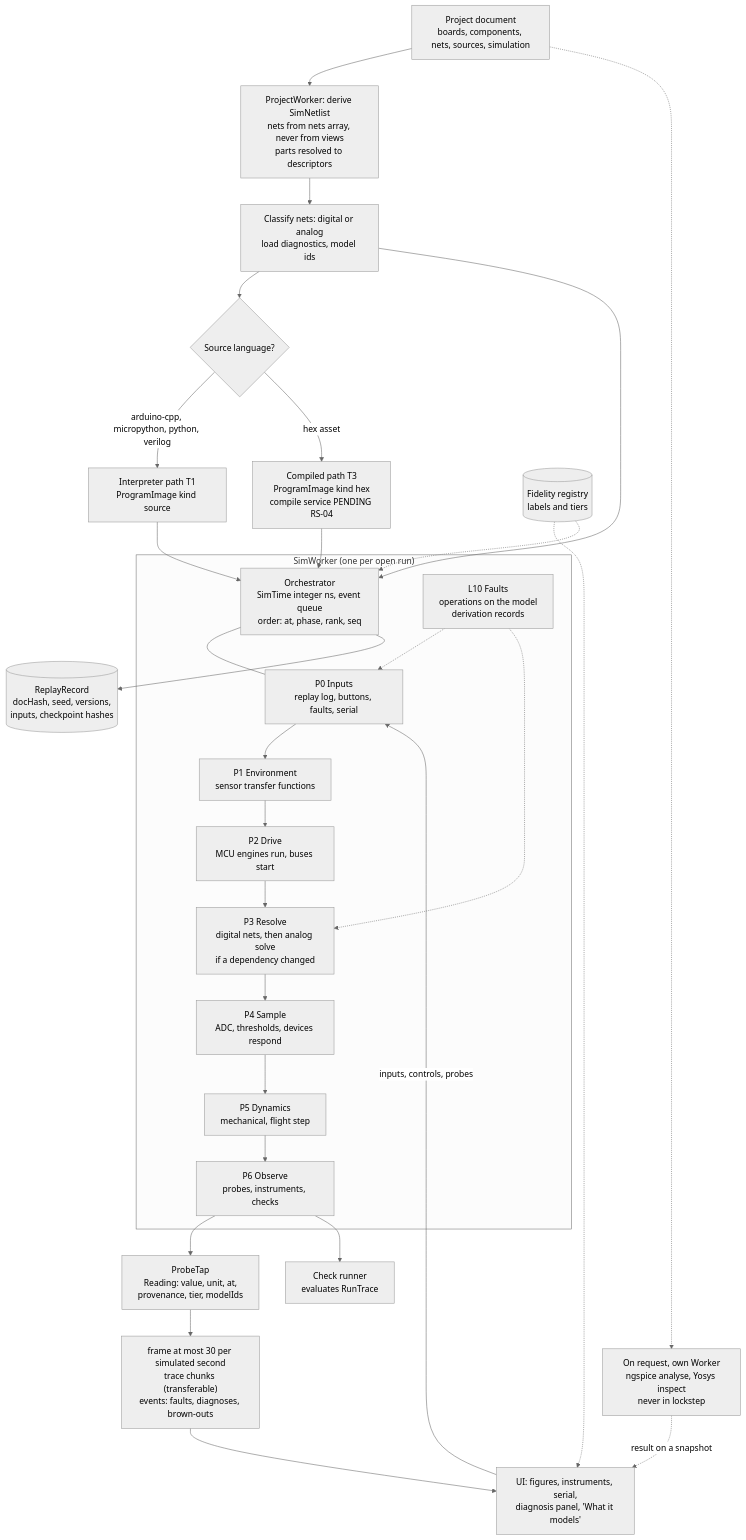
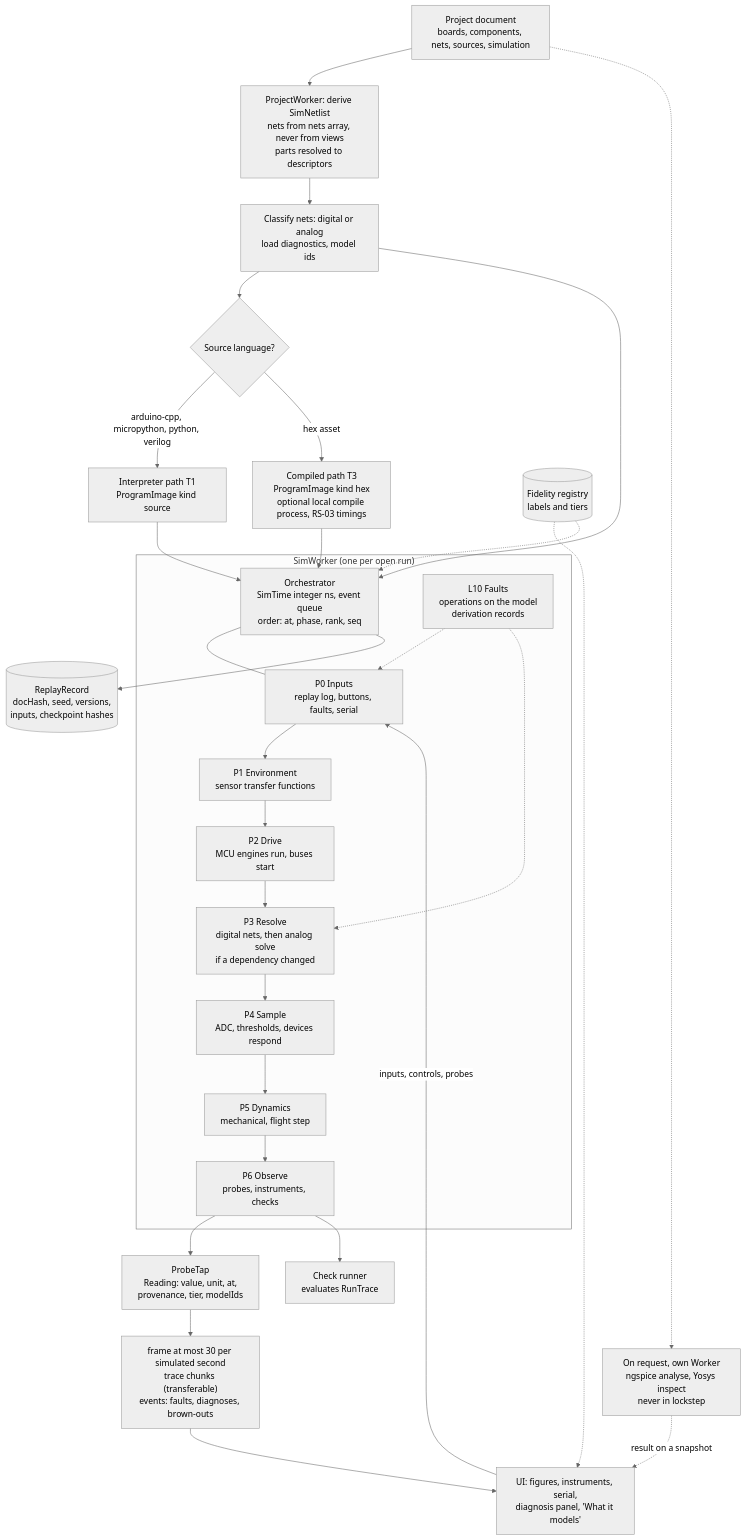
Before and after one commit to kushwahaamar-dev/iynk: the seventh of 16 diagrams in docs/MASTER_PLAN/04_ARCHITECTURE/SYSTEM_DIAGRAMS.md, drawn with Mermaid (neutral theme). The commit also changed other lines of this file and 104 other files, not shown here.

````diff
--- a/docs/MASTER_PLAN/04_ARCHITECTURE/SYSTEM_DIAGRAMS.md
+++ b/docs/MASTER_PLAN/04_ARCHITECTURE/SYSTEM_DIAGRAMS.md
@@ -417,45 +417,45 @@
 ```mermaid
 flowchart TB
   doc["Project document<br/>boards, components, nets, sources, simulation"]
   derive["ProjectWorker: derive SimNetlist<br/>nets from nets array, never from views<br/>parts resolved to descriptors"]
   classify["Classify nets: digital or analog<br/>load diagnostics, model ids"]
   compile{"Source language?"}
   interp["Interpreter path T1<br/>ProgramImage kind source"]
-  hexpath["Compiled path T3<br/>ProgramImage kind hex<br/>compile service PENDING RS-04"]
+  hexpath["Compiled path T3<br/>ProgramImage kind hex<br/>optional local compile process, RS-03 timings"]
   subgraph SimWorker["SimWorker (one per open run)"]
     orch["Orchestrator<br/>SimTime integer ns, event queue<br/>order: at, phase, rank, seq"]
     p0["P0 Inputs<br/>replay log, buttons, faults, serial"]
     p1["P1 Environment<br/>sensor transfer functions"]
     p2["P2 Drive<br/>MCU engines run, buses start"]
     p3["P3 Resolve<br/>digital nets, then analog solve<br/>if a dependency changed"]
     p4["P4 Sample<br/>ADC, thresholds, devices respond"]
     p5["P5 Dynamics<br/>mechanical, flight step"]
     p6["P6 Observe<br/>probes, instruments, checks"]
     p0 --> p1 --> p2 --> p3 --> p4 --> p5 --> p6
     orch --- p0
     faults["L10 Faults<br/>operations on the model<br/>derivation records"]
     faults -.-> p0
     faults -.-> p3
   end
   tap["ProbeTap<br/>Reading: value, unit, at,<br/>provenance, tier, modelIds"]
   frames["frame at most 30 per simulated second<br/>trace chunks (transferable)<br/>events: faults, diagnoses, brown-outs"]
   ui["UI: figures, instruments, serial,<br/>diagnosis panel, 'What it models'"]
   checks["Check runner<br/>evaluates RunTrace"]
   replay[("ReplayRecord<br/>docHash, seed, versions,<br/>inputs, checkpoint hashes")]
   reg[("Fidelity registry<br/>labels and tiers")]
   heavy["On request, own Worker<br/>ngspice analyse, Yosys inspect<br/>never in lockstep"]
   doc --> derive --> classify --> compile
   compile -->|"arduino-cpp, micropython, python, verilog"| interp
   compile -->|"hex asset"| hexpath
   interp --> orch
   hexpath --> orch
   classify --> orch
   p6 --> tap --> frames --> ui
   p6 --> checks
   ui -->|"inputs, controls, probes"| p0
   orch --> replay
   reg -.-> ui
   reg -.-> orch
   doc -.-> heavy
   heavy -.->|"result on a snapshot"| ui
 ```
````
